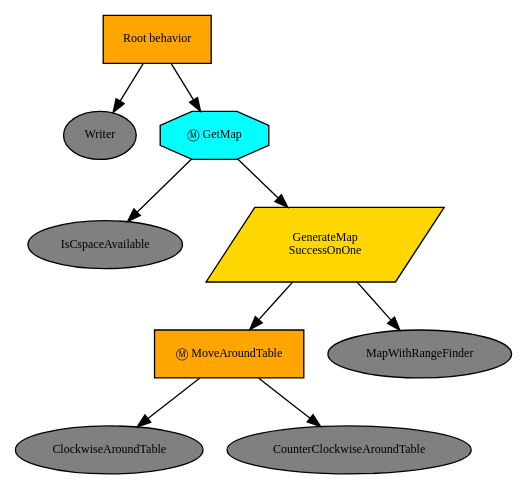
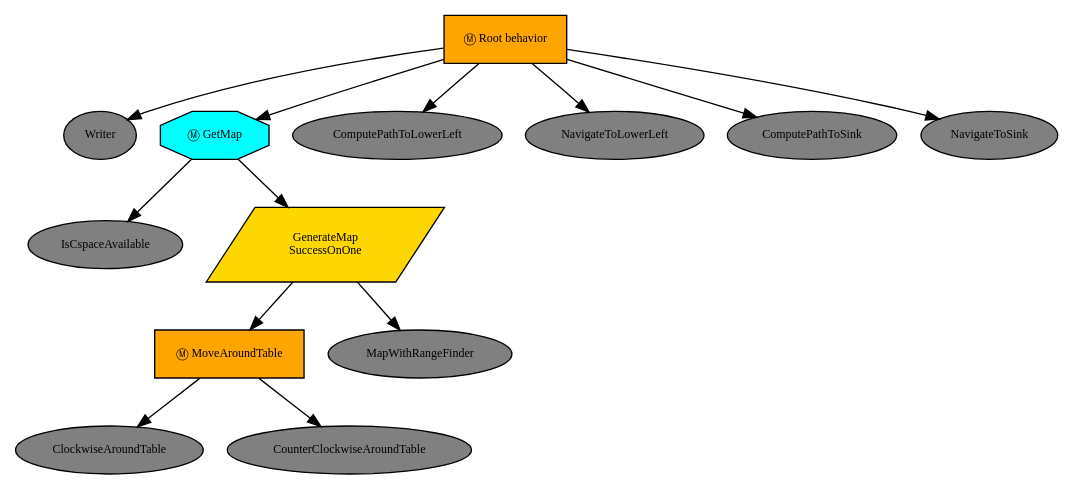
The diagram in controllers/behavior_tree_controller/root_behavior.dot (Jibrangit/robot_in_kitchen), drawn with Graphviz before and after one commit. The commit also changed 8 other files, not shown here.

Commit message:
successfully navigates to lower left and sink

```diff
--- a/controllers/behavior_tree_controller/root_behavior.dot
+++ b/controllers/behavior_tree_controller/root_behavior.dot
@@ -1,23 +1,31 @@
 digraph pastafarianism {
 ordering=out;
 graph [fontname="times-roman"];
 node [fontname="times-roman"];
 edge [fontname="times-roman"];
-"Root behavior" [fillcolor=orange, fontcolor=black, fontsize=9, label="Root behavior", shape=box, style=filled];
+"Root behavior" [fillcolor=orange, fontcolor=black, fontsize=9, label="Ⓜ Root behavior", shape=box, style=filled];
 Writer [fillcolor=gray, fontcolor=black, fontsize=9, label=Writer, shape=ellipse, style=filled];
 "Root behavior" -> Writer;
 GetMap [fillcolor=cyan, fontcolor=black, fontsize=9, label="Ⓜ GetMap", shape=octagon, style=filled];
 "Root behavior" -> GetMap;
 IsCspaceAvailable [fillcolor=gray, fontcolor=black, fontsize=9, label=IsCspaceAvailable, shape=ellipse, style=filled];
 GetMap -> IsCspaceAvailable;
 GenerateMap [fillcolor=gold, fontcolor=black, fontsize=9, label="GenerateMap\nSuccessOnOne", shape=parallelogram, style=filled];
 GetMap -> GenerateMap;
 MoveAroundTable [fillcolor=orange, fontcolor=black, fontsize=9, label="Ⓜ MoveAroundTable", shape=box, style=filled];
 GenerateMap -> MoveAroundTable;
 ClockwiseAroundTable [fillcolor=gray, fontcolor=black, fontsize=9, label=ClockwiseAroundTable, shape=ellipse, style=filled];
 MoveAroundTable -> ClockwiseAroundTable;
 CounterClockwiseAroundTable [fillcolor=gray, fontcolor=black, fontsize=9, label=CounterClockwiseAroundTable, shape=ellipse, style=filled];
 MoveAroundTable -> CounterClockwiseAroundTable;
 MapWithRangeFinder [fillcolor=gray, fontcolor=black, fontsize=9, label=MapWithRangeFinder, shape=ellipse, style=filled];
 GenerateMap -> MapWithRangeFinder;
+ComputePathToLowerLeft [fillcolor=gray, fontcolor=black, fontsize=9, label=ComputePathToLowerLeft, shape=ellipse, style=filled];
+"Root behavior" -> ComputePathToLowerLeft;
+NavigateToLowerLeft [fillcolor=gray, fontcolor=black, fontsize=9, label=NavigateToLowerLeft, shape=ellipse, style=filled];
+"Root behavior" -> NavigateToLowerLeft;
+ComputePathToSink [fillcolor=gray, fontcolor=black, fontsize=9, label=ComputePathToSink, shape=ellipse, style=filled];
+"Root behavior" -> ComputePathToSink;
+NavigateToSink [fillcolor=gray, fontcolor=black, fontsize=9, label=NavigateToSink, shape=ellipse, style=filled];
+"Root behavior" -> NavigateToSink;
 }
```
